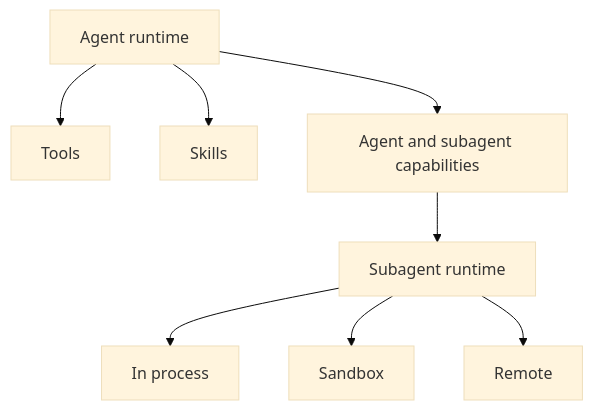
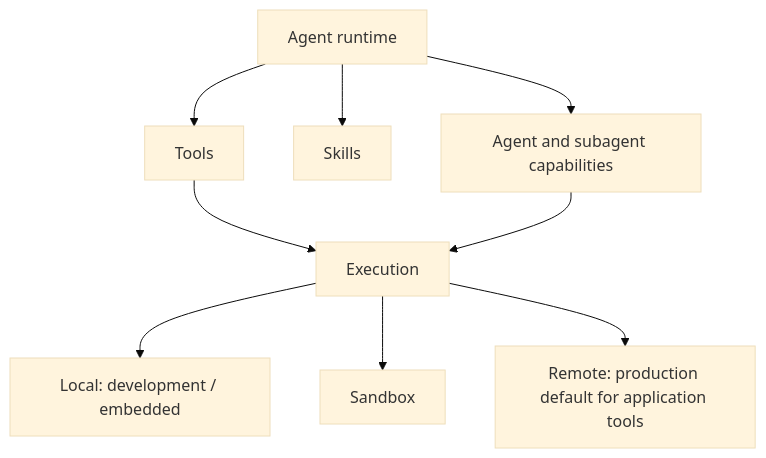
One commit to karaka-ai/karaka changed the fifth of 6 diagrams in docs/architecture.md. Above: the diagram before and after it, drawn with Mermaid (base theme). The commit also changed other lines of this file and 2 other files, not shown here.

Commit message:
docs: clarify agent runtime architecture

````diff
--- a/docs/architecture.md
+++ b/docs/architecture.md
@@ -201,11 +344,12 @@
 ```mermaid
 flowchart TB
   Runtime["Agent runtime"]
   Runtime --> ToolCapability["Tools"]
   Runtime --> SkillCapability["Skills"]
   Runtime --> AgentCapability["Agent and subagent capabilities"]
-  AgentCapability --> Routing["Subagent runtime"]
-  Routing --> InProcess["In process"]
-  Routing --> Sandbox["Sandbox"]
-  Routing --> RemoteExecution["Remote"]
+  ToolCapability --> Execution["Execution"]
+  AgentCapability --> Execution
+  Execution --> InProcess["Local: development / embedded"]
+  Execution --> Sandbox["Sandbox"]
+  Execution --> RemoteExecution["Remote: production default for application tools"]
 ```
````
